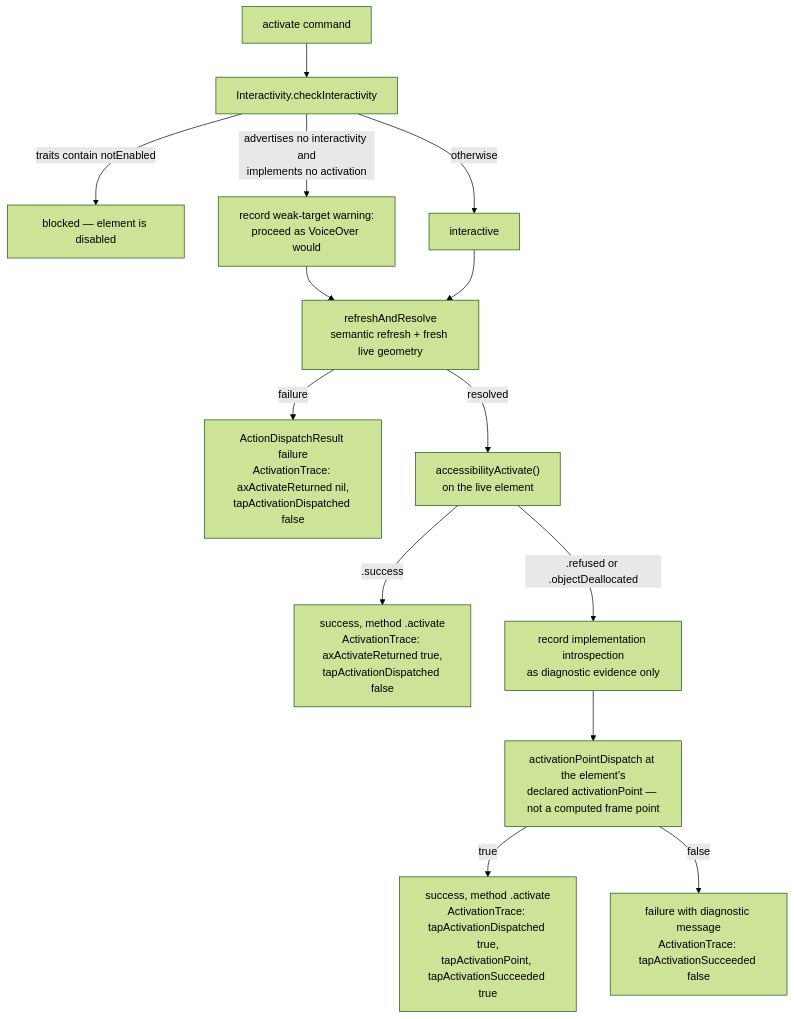
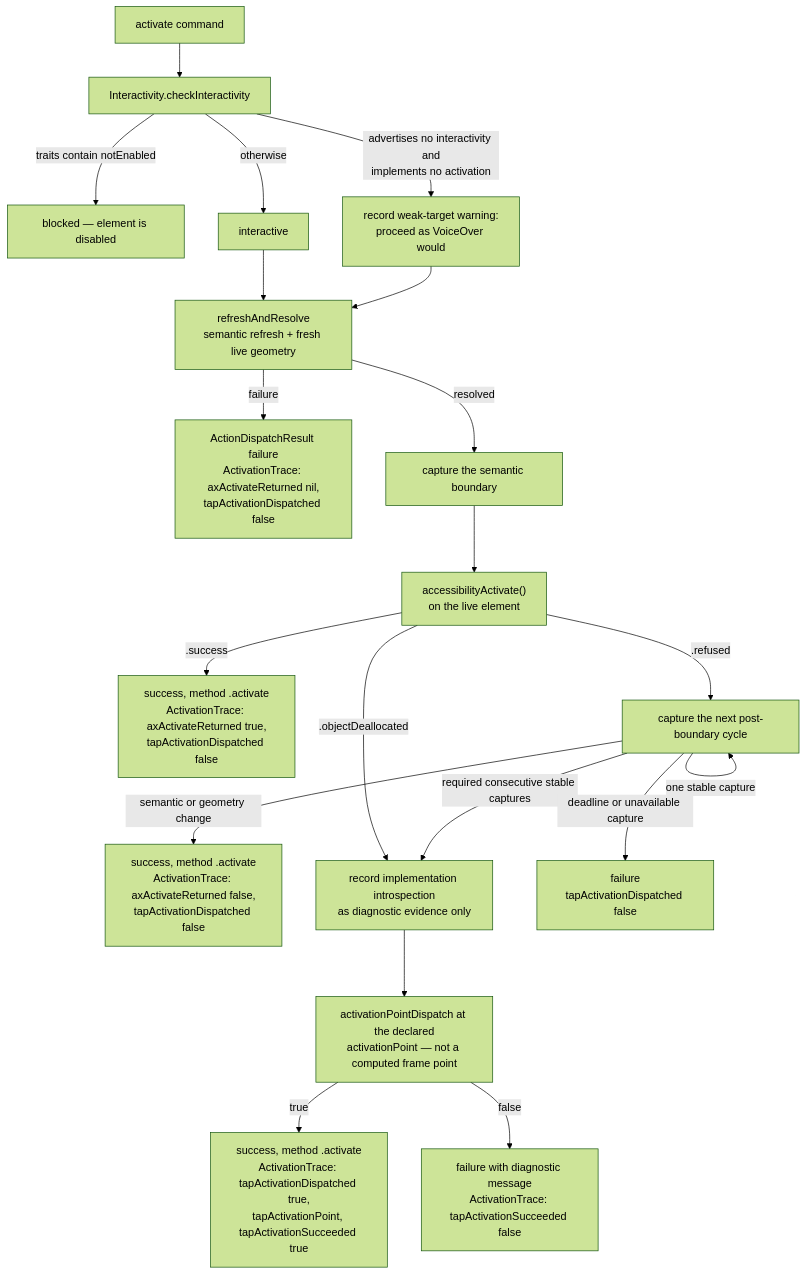
One commit to RoyalPineapple/TheButtonHeist changed the diagram in docs/diagrams/activation-policy.md. Above: the diagram before and after it, drawn with Mermaid (forest theme). The commit also changed other lines of this file and 50 other files, not shown here.

````diff
--- a/docs/diagrams/activation-policy.md
+++ b/docs/diagrams/activation-policy.md
@@ -8,16 +8,22 @@
 ```mermaid
 flowchart TD
     START["activate command"] --> CHECK["Interactivity.checkInteractivity"]
     CHECK -- "traits contain notEnabled" --> BLOCKED["blocked — element is disabled"]
     CHECK -- "advertises no interactivity and<br/>implements no activation" --> WARN["record weak-target warning:<br/>proceed as VoiceOver would"]
     CHECK -- "otherwise" --> PROCEED["interactive"]
     WARN --> REFRESH
     PROCEED --> REFRESH["refreshAndResolve<br/>semantic refresh + fresh live geometry"]
     REFRESH -- "failure" --> FAIL1["ActionDispatchResult failure<br/>ActivationTrace: axActivateReturned nil,<br/>tapActivationDispatched false"]
-    REFRESH -- "resolved" --> AXACT["accessibilityActivate()<br/>on the live element"]
+    REFRESH -- "resolved" --> BOUNDARY["capture the semantic boundary"]
+    BOUNDARY --> AXACT["accessibilityActivate()<br/>on the live element"]
     AXACT -- ".success" --> OK1["success, method .activate<br/>ActivationTrace: axActivateReturned true,<br/>tapActivationDispatched false"]
-    AXACT -- ".refused or .objectDeallocated" --> DIAG["record implementation introspection<br/>as diagnostic evidence only"]
-    DIAG --> TAP["activationPointDispatch at the element's<br/>declared activationPoint — not a computed frame point"]
+    AXACT -- ".refused" --> OBSERVE["capture the next post-boundary cycle"]
+    OBSERVE -- "semantic or geometry change" --> OKFALSE["success, method .activate<br/>ActivationTrace: axActivateReturned false,<br/>tapActivationDispatched false"]
+    OBSERVE -- "one stable capture" --> OBSERVE
+    OBSERVE -- "required consecutive stable captures" --> DIAG["record implementation introspection<br/>as diagnostic evidence only"]
+    OBSERVE -- "deadline or unavailable capture" --> FAILQUIET["failure<br/>tapActivationDispatched false"]
+    AXACT -- ".objectDeallocated" --> DIAG
+    DIAG --> TAP["activationPointDispatch at the declared<br/>activationPoint — not a computed frame point"]
     TAP -- "true" --> OK2["success, method .activate<br/>ActivationTrace: tapActivationDispatched true,<br/>tapActivationPoint, tapActivationSucceeded true"]
     TAP -- "false" --> FAIL2["failure with diagnostic message<br/>ActivationTrace: tapActivationSucceeded false"]
 ```
````
